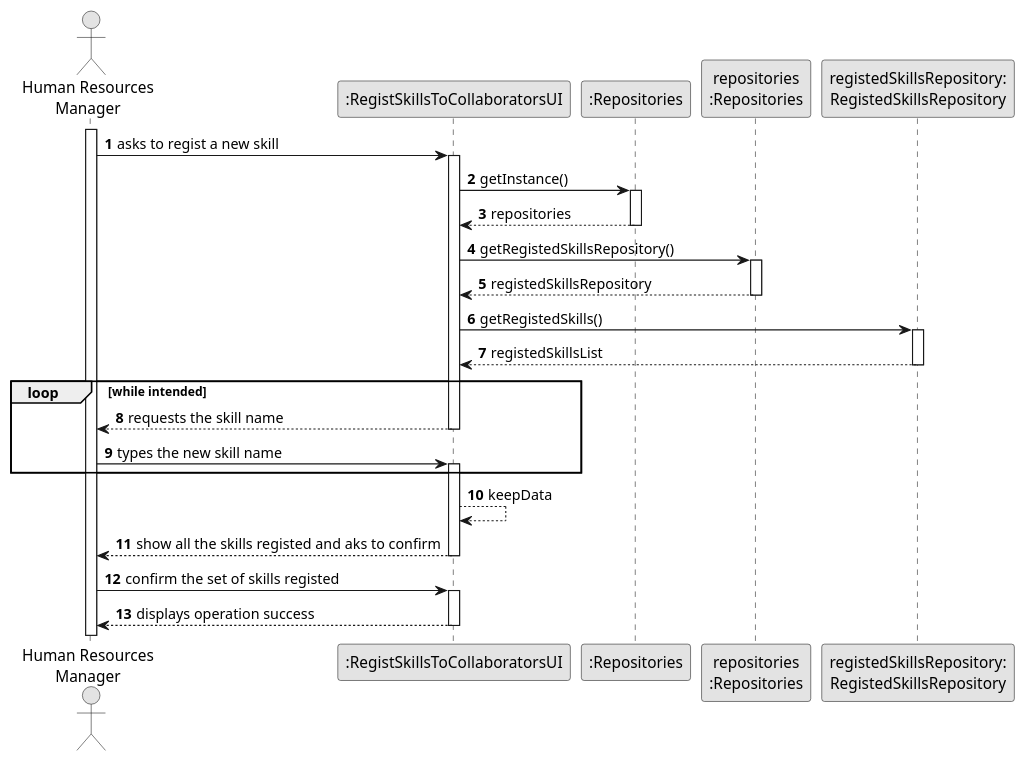
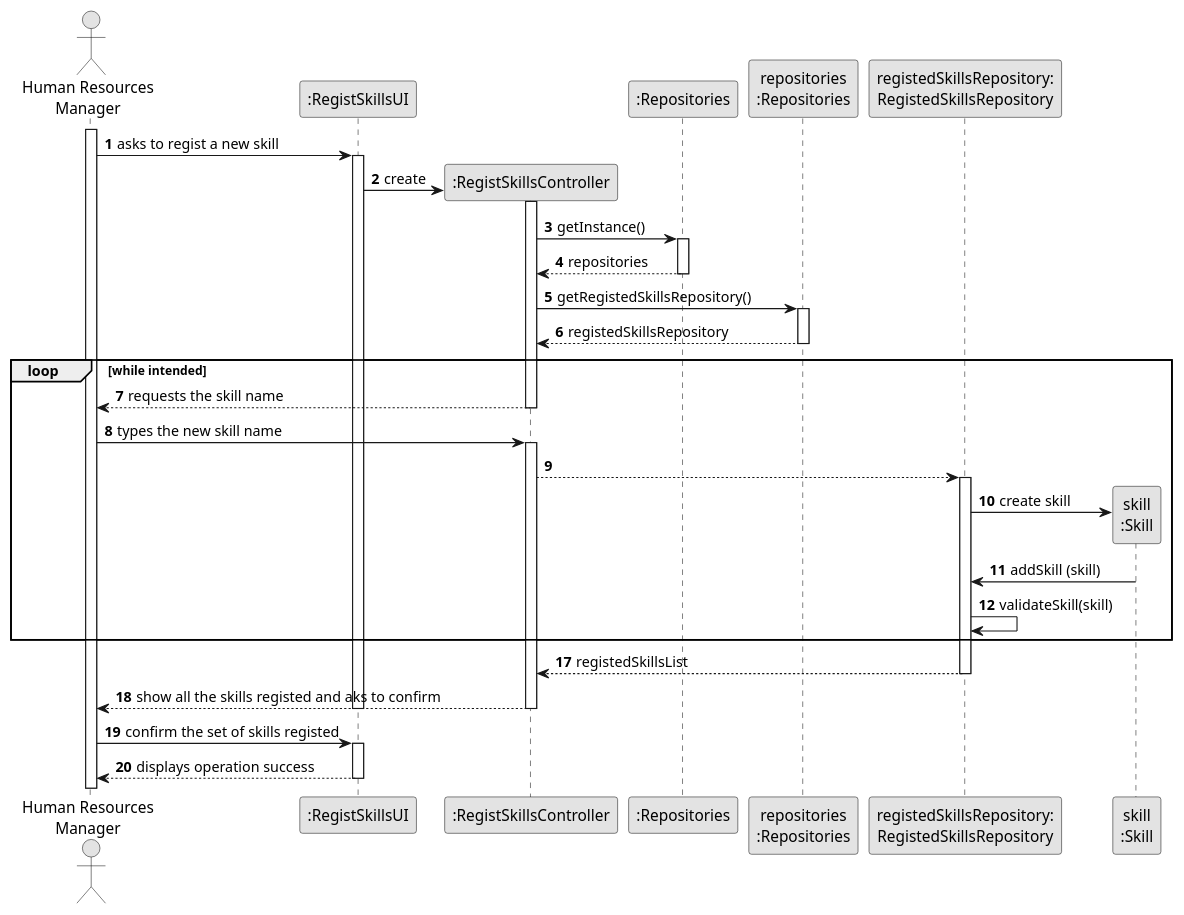
One commit to 1231360-ISEP/lei-24-s2-1db-g021 changed the diagram in docs/sprint2/us001/03.design/puml/us001-sequence-diagram-full.puml. Above: the diagram before and after it, drawn with PlantUML. The commit also changed 5 other files, not shown here.

Commit message:
Update US01 Sequence Diagram.

```diff
--- a/docs/sprint2/us001/03.design/puml/us001-sequence-diagram-full.puml
+++ b/docs/sprint2/us001/03.design/puml/us001-sequence-diagram-full.puml
@@ -1,57 +1,72 @@
 @startuml
 skinparam monochrome true
 skinparam packageStyle rectangle
 skinparam shadowing false
 
 actor "Human Resources\nManager" as HRM
-participant ":RegistSkillsToCollaboratorsUI" as UI
+participant ":RegistSkillsUI" as UI
+participant ":RegistSkillsController" as CTRL
 participant ":Repositories" as RepositorySingleton
 participant "repositories\n:Repositories" as PLAT
 participant "registedSkillsRepository:\nRegistedSkillsRepository" as RegistedSkillsRepository
+participant "skill\n:Skill" as TAREFA
 
 autonumber 1
 
 activate HRM
 
     HRM -> UI : asks to regist a new skill
     activate UI
 
-        UI -> RepositorySingleton : getInstance()
+        UI -> CTRL** : create
+
+        activate CTRL
+
+        CTRL -> RepositorySingleton : getInstance()
         activate RepositorySingleton
 
-            RepositorySingleton --> UI: repositories
+            RepositorySingleton --> CTRL: repositories
         deactivate RepositorySingleton
 
-        UI -> PLAT : getRegistedSkillsRepository()
+        CTRL -> PLAT : getRegistedSkillsRepository()
         activate PLAT
 
-            PLAT --> UI: registedSkillsRepository
+            PLAT --> CTRL: registedSkillsRepository
         deactivate PLAT
 
-        UI -> RegistedSkillsRepository : getRegistedSkills()
-        activate RegistedSkillsRepository
+    loop while intended
+            CTRL --> HRM : requests the skill name
+        deactivate CTRL
 
-            RegistedSkillsRepository --> UI : registedSkillsList
-        deactivate RegistedSkillsRepository
+        HRM -> CTRL : types the new skill name
+        activate CTRL
 
-    loop while intended
-            UI --> HRM : requests the skill name
-        deactivate UI
+            CTRL --> RegistedSkillsRepository
 
-        HRM -> UI : types the new skill name
-        activate UI
+            activate RegistedSkillsRepository
+
+                RegistedSkillsRepository -> TAREFA**: create skill
+                TAREFA -> RegistedSkillsRepository: addSkill (skill)
+
+                    RegistedSkillsRepository -> RegistedSkillsRepository: validateSkill(skill)
+
+                autonumber 17
+
     end
+                RegistedSkillsRepository --> CTRL : registedSkillsList
 
-        UI --> UI: keepData
+            deactivate RegistedSkillsRepository
 
-        UI --> HRM : show all the skills registed and aks to confirm
-    deactivate UI
+        CTRL --> HRM : show all the skills registed and aks to confirm
+
+            deactivate CTRL
+            deactivate UI
 
     HRM -> UI : confirm the set of skills registed
     activate UI
 
     UI --> HRM : displays operation success
     deactivate UI
 
 
 @enduml
```
